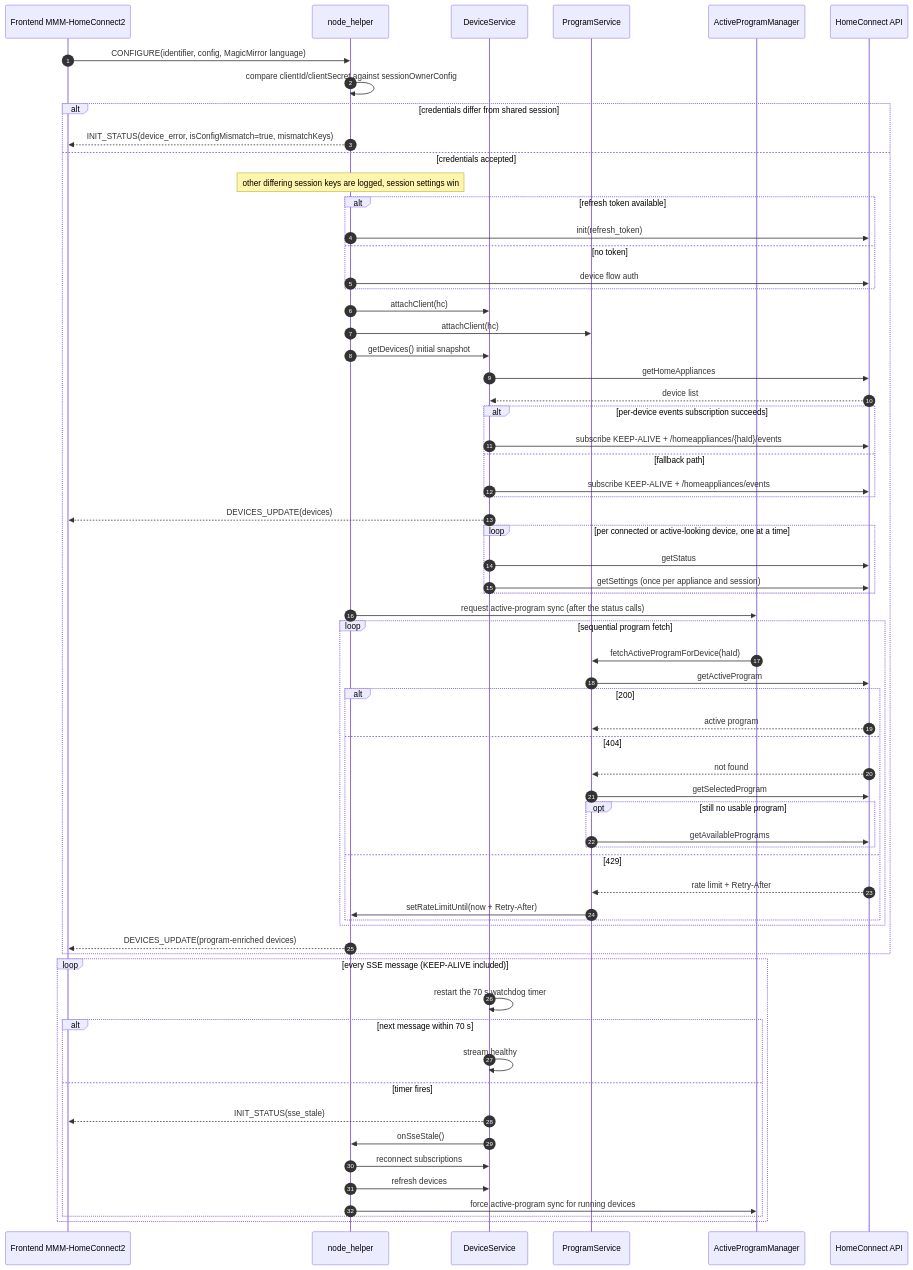
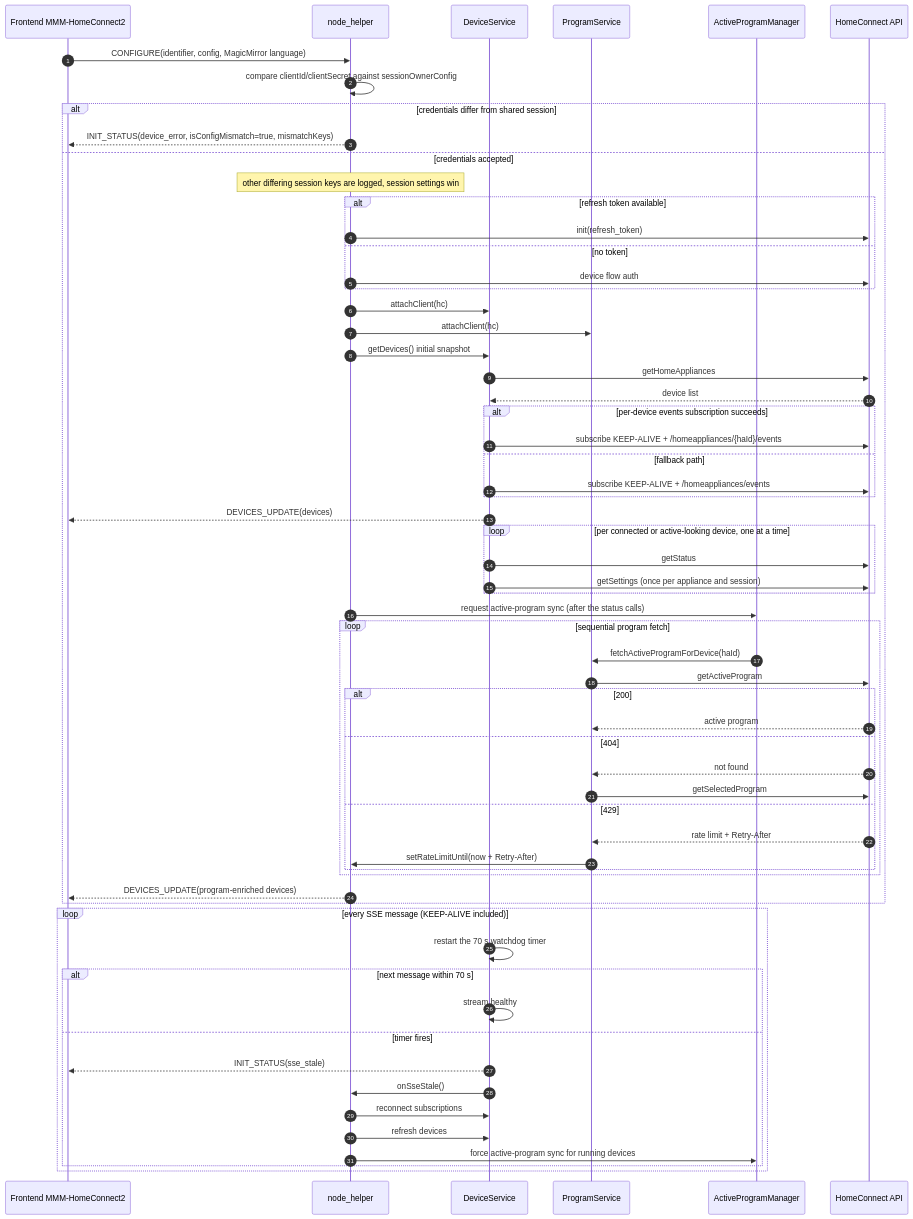
Before and after one commit to HeikoGr/MMM-HomeConnect2: the second of 2 diagrams in docs/api-call-and-event-flow-diagrams.md, drawn with Mermaid. The commit also changed other lines of this file and 29 other files, not shown here.

````diff
--- a/docs/api-call-and-event-flow-diagrams.md
+++ b/docs/api-call-and-event-flow-diagrams.md
@@ -77,75 +73,72 @@
 ```mermaid
 sequenceDiagram
   autonumber
   participant FE as Frontend MMM-HomeConnect2
   participant NH as node_helper
   participant DS as DeviceService
   participant PS as ProgramService
   participant APM as ActiveProgramManager
   participant HC as HomeConnect API
 
   FE->>NH: CONFIGURE(identifier, config, MagicMirror language)
   NH->>NH: compare clientId/clientSecret against sessionOwnerConfig
 
   alt credentials differ from shared session
     NH-->>FE: INIT_STATUS(device_error, isConfigMismatch=true, mismatchKeys)
   else credentials accepted
     Note over NH: other differing session keys are logged, session settings win
     alt refresh token available
       NH->>HC: init(refresh_token)
     else no token
       NH->>HC: device flow auth
     end
 
     NH->>DS: attachClient(hc)
     NH->>PS: attachClient(hc)
     NH->>DS: getDevices() initial snapshot
 
     DS->>HC: getHomeAppliances
     HC-->>DS: device list
     alt per-device events subscription succeeds
       DS->>HC: subscribe KEEP-ALIVE + /homeappliances/{haId}/events
     else fallback path
       DS->>HC: subscribe KEEP-ALIVE + /homeappliances/events
     end
 
     DS-->>FE: DEVICES_UPDATE(devices)
     loop per connected or active-looking device, one at a time
       DS->>HC: getStatus
       DS->>HC: getSettings (once per appliance and session)
     end
     NH->>APM: request active-program sync (after the status calls)
 
     loop sequential program fetch
       APM->>PS: fetchActiveProgramForDevice(haId)
       PS->>HC: getActiveProgram
       alt 200
         HC-->>PS: active program
       else 404
         HC-->>PS: not found
         PS->>HC: getSelectedProgram
-        opt still no usable program
-          PS->>HC: getAvailablePrograms
-        end
       else 429
         HC-->>PS: rate limit + Retry-After
         PS->>NH: setRateLimitUntil(now + Retry-After)
       end
     end
 
     NH-->>FE: DEVICES_UPDATE(program-enriched devices)
   end
 
   loop every SSE message (KEEP-ALIVE included)
     DS->>DS: restart the 70 s watchdog timer
     alt next message within 70 s
       DS->>DS: stream healthy
     else timer fires
       DS-->>FE: INIT_STATUS(sse_stale)
       DS->>NH: onSseStale()
       NH->>DS: reconnect subscriptions
       NH->>DS: refresh devices
       NH->>APM: force active-program sync for running devices
     end
   end
 ```
````
